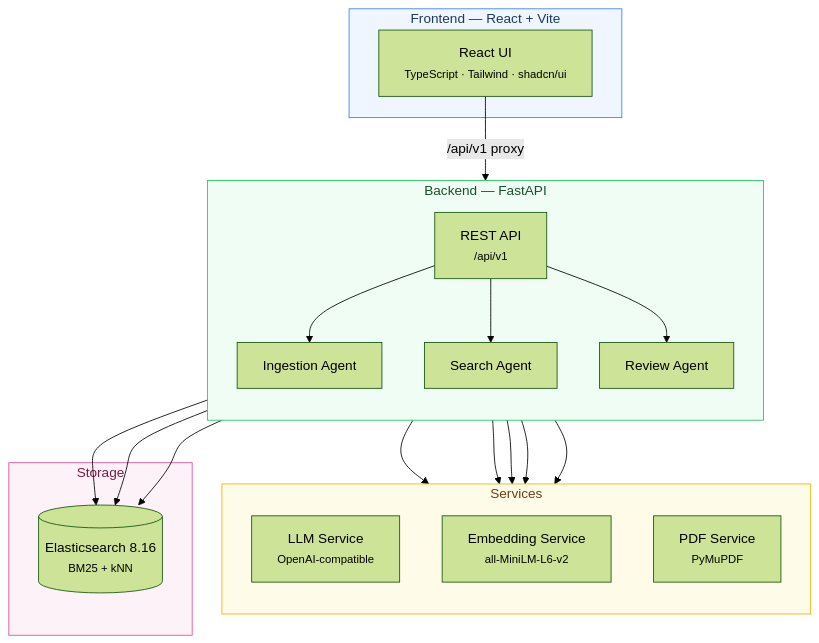
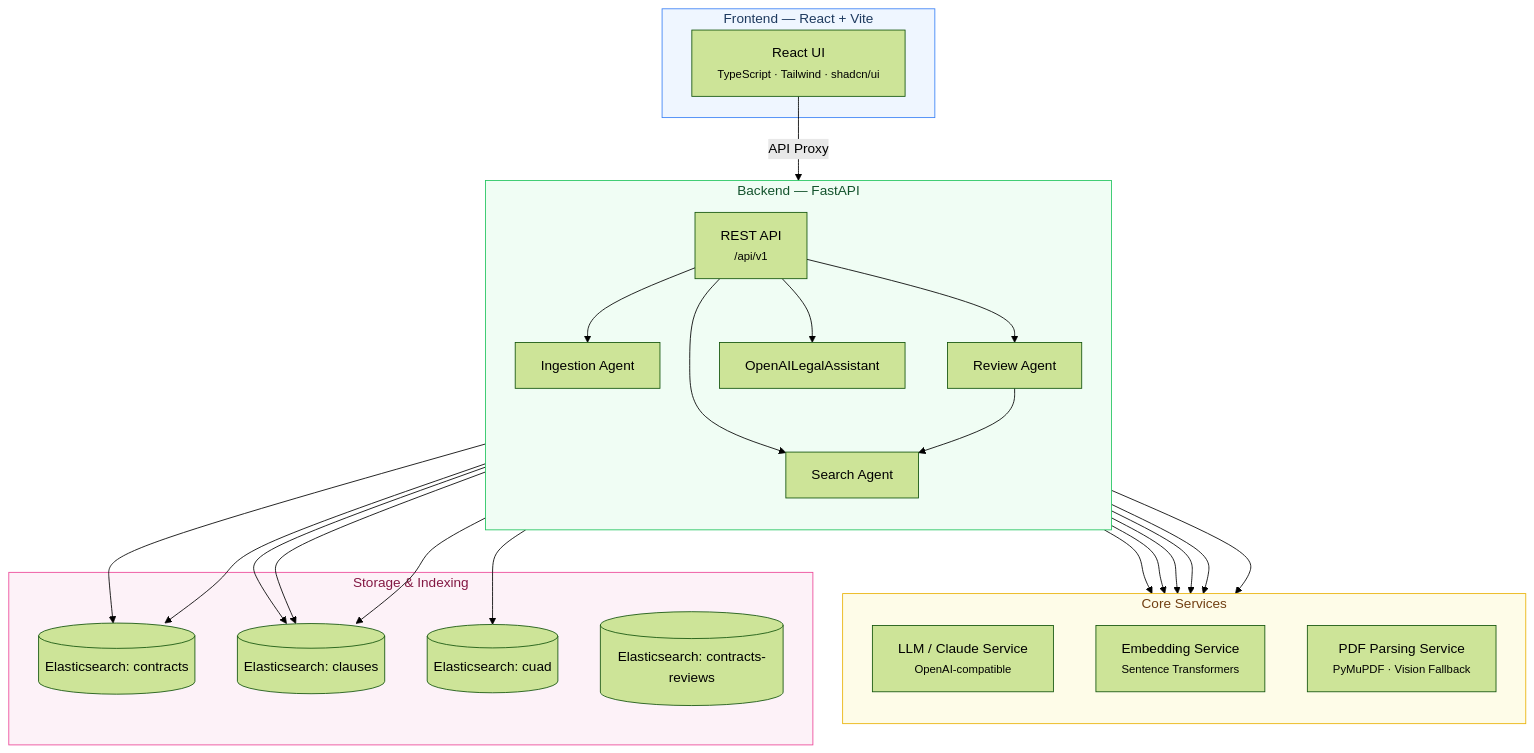
One commit to Liorohan10/ClauseGuard-main changed the first of 3 diagrams in README.md. Above: the diagram before and after it, drawn with Mermaid (forest theme). The commit also changed other lines of this file, not shown here.

````diff
--- a/README.md
+++ b/README.md
@@ -17,43 +11,57 @@
 ```mermaid
 graph TB
     subgraph Frontend["Frontend — React + Vite"]
         UI[React UI<br/><small>TypeScript · Tailwind · shadcn/ui</small>]
     end
 
     subgraph Backend["Backend — FastAPI"]
         direction TB
         API[REST API<br/><small>/api/v1</small>]
         IA[Ingestion Agent]
         SA[Search Agent]
         RA[Review Agent]
+        OAI[OpenAILegalAssistant]
+        
         API --> IA
         API --> SA
         API --> RA
+        API --> OAI
     end
 
-    subgraph Services
+    subgraph Services["Core Services"]
         direction TB
-        LLM[LLM Service<br/><small>OpenAI-compatible</small>]
-        EMB[Embedding Service<br/><small>all-MiniLM-L6-v2</small>]
-        PDF[PDF Service<br/><small>PyMuPDF</small>]
+        LLM[LLM / Claude Service<br/><small>OpenAI-compatible</small>]
+        EMB[Embedding Service<br/><small>Sentence Transformers</small>]
+        PDF[PDF Parsing Service<br/><small>PyMuPDF · Vision Fallback</small>]
     end
 
-    subgraph Storage
-        ES[(Elasticsearch 8.16<br/><small>BM25 + kNN</small>)]
+    subgraph Storage["Storage & Indexing"]
+        ES_Contracts[(Elasticsearch: contracts)]
+        ES_Clauses[(Elasticsearch: clauses)]
+        ES_CUAD[(Elasticsearch: cuad)]
+        ES_Reviews[(Elasticsearch: contracts-reviews)]
     end
 
-    UI -- "/api/v1 proxy" --> API
+    UI -- "API Proxy" --> API
     IA --> PDF
     IA --> LLM
     IA --> EMB
-    IA --> ES
+    IA --> ES_Contracts
+    IA --> ES_Clauses
+    
     SA --> EMB
-    SA --> ES
+    SA --> ES_Clauses
+    SA --> ES_CUAD
+    
     RA --> LLM
-    RA --> ES
-
+    RA --> ES_Contracts
+    RA --> ES_Clauses
+    RA --> SA
+    
+    OAI --> LLM
+    
     style Frontend fill:#eff6ff,stroke:#3b82f6,color:#1e3a5f
     style Backend fill:#f0fdf4,stroke:#22c55e,color:#14532d
     style Services fill:#fefce8,stroke:#eab308,color:#713f12
     style Storage fill:#fdf2f8,stroke:#ec4899,color:#831843
 ```
````
